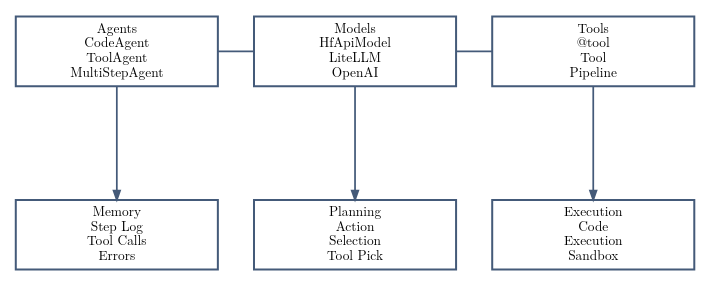
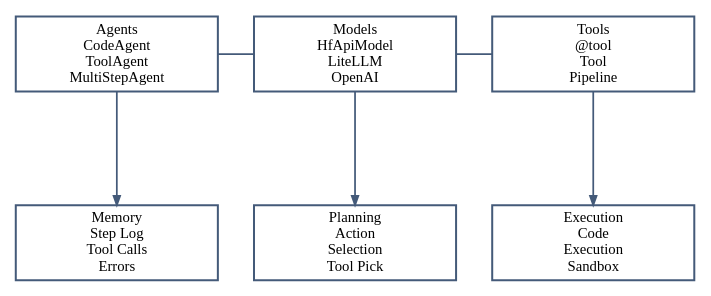
The diagram in assets/diagram_smolagents_arch.dot (quiznat/tot-hf-survey-artifacts), drawn with Graphviz before and after one commit. The commit also changed 19 other files, not shown here.

Commit message:
Polish manuscript consistency and stabilize diagram/table rendering

```diff
--- a/assets/diagram_smolagents_arch.dot
+++ b/assets/diagram_smolagents_arch.dot
@@ -1,26 +1,26 @@
 digraph G {
-  graph [bgcolor="#ffffff", pad="0.06", nodesep="0.34", ranksep="0.50", splines="polyline", fontname="Latin Modern Roman", fontcolor="#162130", margin="0.02", rankdir="TB", ranksep="0.58", nodesep="0.38"];
-  node [shape="box", style="filled", fillcolor="#ffffff", color="#445a79", penwidth="1.5", fontname="Latin Modern Roman", fontsize="10", margin="0.06,0.05"];
-  edge [color="#445a79", penwidth="1.3", arrowsize="0.70", fontname="Latin Modern Roman", fontsize="8", fontcolor="#162130"];
+  graph [bgcolor="#ffffff", pad="0.06", nodesep="0.34", ranksep="0.50", splines="polyline", fontname="Times-Roman", fontcolor="#162130", margin="0.02", rankdir="TB", ranksep="0.58", nodesep="0.38"];
+  node [shape="box", style="filled", fillcolor="#ffffff", color="#445a79", penwidth="1.5", fontname="Times-Roman", fontsize="11", margin="0.06,0.05"];
+  edge [color="#445a79", penwidth="1.3", arrowsize="0.70", fontname="Times-Roman", fontsize="9", fontcolor="#162130"];
 
-  agents [label="Agents\nCodeAgent\nToolAgent\nMultiStepAgent", width="2.10"];
-  models [label="Models\nHfApiModel\nLiteLLM\nOpenAI", width="2.10"];
-  tools [label="Tools\n@tool\nTool\nPipeline", width="2.10"];
+  agents [label="Agents\nCodeAgent\nToolAgent\nMultiStepAgent", width="2.10", group="g1"];
+  models [label="Models\nHfApiModel\nLiteLLM\nOpenAI", width="2.10", group="g2"];
+  tools [label="Tools\n@tool\nTool\nPipeline", width="2.10", group="g3"];
 
-  memory [label="Memory\nStep Log\nTool Calls\nErrors", width="2.10"];
-  planning [label="Planning\nAction\nSelection\nTool Pick", width="2.10"];
-  execution [label="Execution\nCode\nExecution\nSandbox", width="2.10"];
+  memory [label="Memory\nStep Log\nTool Calls\nErrors", width="2.10", group="g1"];
+  planning [label="Planning\nAction\nSelection\nTool Pick", width="2.10", group="g2"];
+  execution [label="Execution\nCode\nExecution\nSandbox", width="2.10", group="g3"];
 
   { rank=same; agents; models; tools }
   { rank=same; memory; planning; execution }
 
   agents -> models [dir=none, arrowhead=none, arrowtail=none];
   models -> tools [dir=none, arrowhead=none, arrowtail=none];
 
   agents -> memory [tailport=s, headport=n, weight=100, minlen=2];
   models -> planning [tailport=s, headport=n, weight=100, minlen=2];
   tools -> execution [tailport=s, headport=n, weight=100, minlen=2];
 
   memory -> planning [style=invis, weight=10];
   planning -> execution [style=invis, weight=10];
 }
```
